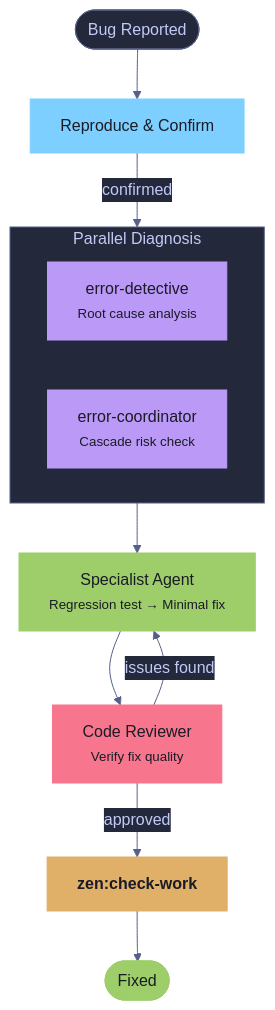
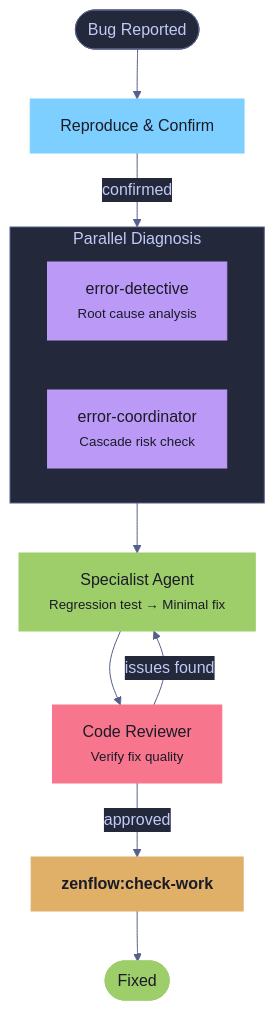
Before and after one commit to brewpirate/zen-flow: the fourth of 6 diagrams in plugins/zenflow/README.md, drawn with Mermaid. The commit also changed other lines of this file and 46 other files, not shown here.

````diff
--- a/plugins/zenflow/README.md
+++ b/plugins/zenflow/README.md
@@ -368,29 +378,29 @@
 ```mermaid
 %%{init: {'theme': 'base', 'themeVariables': { 'primaryColor': '#1a1b26', 'primaryTextColor': '#c0caf5', 'lineColor': '#565f89', 'secondaryColor': '#24283b', 'tertiaryColor': '#24283b' }}}%%
 flowchart TD
     bug([Bug Reported]) --> reproduce
     reproduce["Reproduce & Confirm"]
     reproduce -->|confirmed| diag
 
     subgraph diag ["Parallel Diagnosis"]
         detective["error-detective<br/><small>Root cause analysis</small>"]
         coordinator["error-coordinator<br/><small>Cascade risk check</small>"]
     end
 
     diag --> specialist
     specialist["Specialist Agent<br/><small>Regression test → Minimal fix</small>"]
     specialist --> reviewer["Code Reviewer<br/><small>Verify fix quality</small>"]
     reviewer -->|issues found| specialist
-    reviewer -->|approved| check["<b>zen:check-work</b>"]
+    reviewer -->|approved| check["<b>zenflow:check-work</b>"]
     check --> done([Fixed])
 
     style bug fill:#24283b,color:#c0caf5,stroke:#565f89
     style reproduce fill:#7dcfff,color:#1a1b26,stroke:#7dcfff
     style diag fill:#24283b,color:#c0caf5,stroke:#565f89
     style detective fill:#bb9af7,color:#1a1b26,stroke:#bb9af7
     style coordinator fill:#bb9af7,color:#1a1b26,stroke:#bb9af7
     style specialist fill:#9ece6a,color:#1a1b26,stroke:#9ece6a
     style reviewer fill:#f7768e,color:#1a1b26,stroke:#f7768e
     style check fill:#e0af68,color:#1a1b26,stroke:#e0af68
     style done fill:#9ece6a,color:#1a1b26,stroke:#9ece6a
 ```
````
